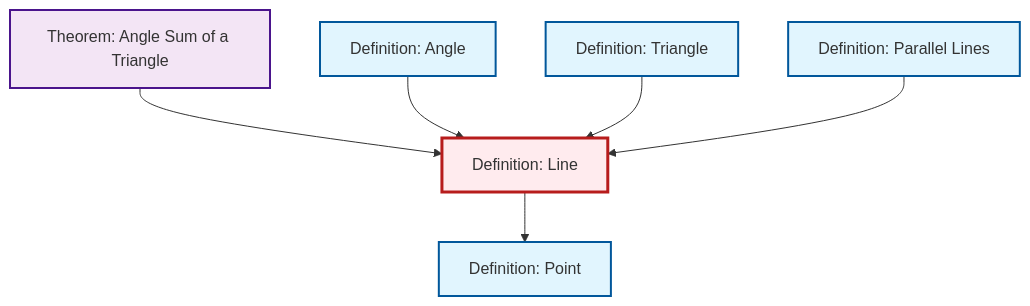
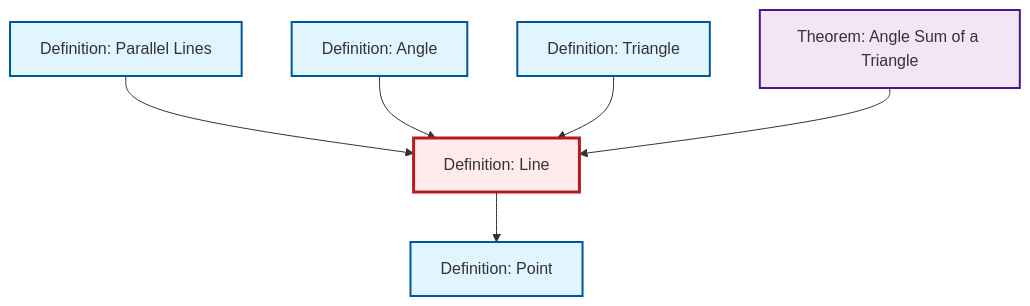
One commit to RK0429/ModernMath changed the diagram in content/en/geometry/def-line.qmd. Above: the diagram before and after it, drawn with Mermaid. The commit also changed other lines of this file and 360 other files, not shown here.

````diff
--- a/content/en/geometry/def-line.qmd
+++ b/content/en/geometry/def-line.qmd
@@ -45,26 +45,26 @@
 ```{mermaid}
 %%| fig-cap: "Local dependency graph"
 graph TD
     classDef definition fill:#e1f5fe,stroke:#01579b,stroke-width:2px
     classDef theorem fill:#f3e5f5,stroke:#4a148c,stroke-width:2px
     classDef axiom fill:#fff3e0,stroke:#e65100,stroke-width:2px
     classDef example fill:#e8f5e9,stroke:#1b5e20,stroke-width:2px
     classDef current fill:#ffebee,stroke:#b71c1c,stroke-width:3px
+    thm-angle-sum-triangle["Theorem: Angle Sum of a Triangle"]:::theorem
+    def-triangle["Definition: Triangle"]:::definition
+    def-angle["Definition: Angle"]:::definition
     def-parallel["Definition: Parallel Lines"]:::definition
     def-point["Definition: Point"]:::definition
     def-line["Definition: Line"]:::definition
-    thm-angle-sum-triangle["Theorem: Angle Sum of a Triangle"]:::theorem
-    def-angle["Definition: Angle"]:::definition
-    def-triangle["Definition: Triangle"]:::definition
+    def-parallel --> def-line
+    def-angle --> def-line
+    def-triangle --> def-line
     thm-angle-sum-triangle --> def-line
     def-line --> def-point
-    def-angle --> def-line
-    def-triangle --> def-line
-    def-parallel --> def-line
     class def-line current
+    click thm-angle-sum-triangle "thm-angle-sum-triangle.html" "Go to Angle Sum of a Triangle theorem"
+    click def-triangle "def-triangle.html" "Go to Triangle definition"
+    click def-angle "def-angle.html" "Go to Angle definition"
     click def-parallel "def-parallel.html" "Go to Parallel Lines definition"
     click def-point "def-point.html" "Go to Point definition"
-    click thm-angle-sum-triangle "thm-angle-sum-triangle.html" "Go to Angle Sum of a Triangle theorem"
-    click def-angle "def-angle.html" "Go to Angle definition"
-    click def-triangle "def-triangle.html" "Go to Triangle definition"
 ```
````
